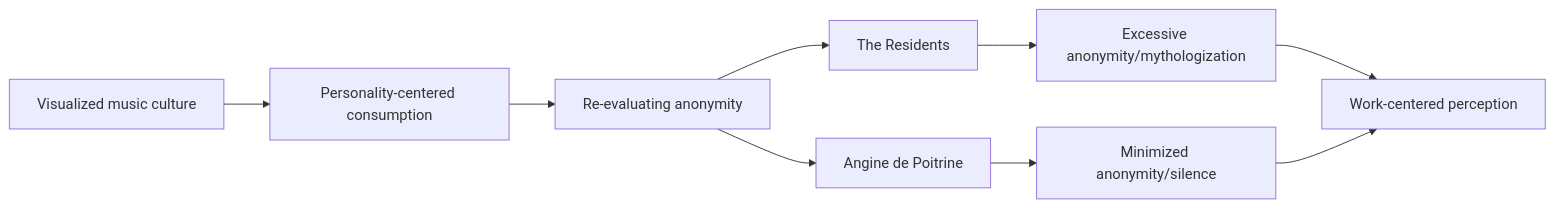
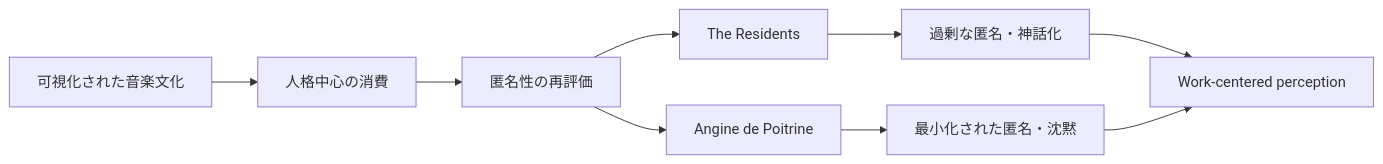
Before and after one commit to monumental-movement/monumental-movement.github.io: the tenth of 17 diagrams in en/_posts/2026-07-06-column-angine-de-poitrine-the-residents.md, drawn with Mermaid. The commit also changed other lines of this file and 2196 other files, not shown here.

```diff
--- a/en/_posts/2026-07-06-column-angine-de-poitrine-the-residents.md
+++ b/en/_posts/2026-07-06-column-angine-de-poitrine-the-residents.md
@@ -1088,19 +1087,19 @@
 <div class="mermaid">
 flowchart LR
 
-A["Visualized music culture"]
-B["Personality-centered consumption"]
-C["Re-evaluating anonymity"]
+A["可視化された音楽文化"]
+B["人格中心の消費"]
+C["匿名性の再評価"]
 
 D["The Residents"]
-E["Excessive anonymity/mythologization"]
+E["過剰な匿名・神話化"]
 
 F["Angine de Poitrine"]
-G["Minimized anonymity/silence"]
+G["最小化された匿名・沈黙"]
 
 H["Work-centered perception"]
 
 A --> B --> C
 C --> D --> E --> H
 C --> F --> G --> H
 </div>
```
